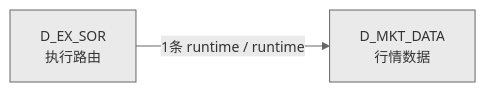
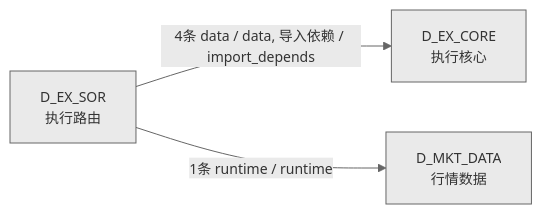
Before and after one commit to xuanFelixVan/ZephyrAlpha: the second of 2 diagrams in docs/02_enterprise_architecture/02_domain_architecture_docs/45_d_ex_sor.md, drawn with Mermaid. The commit also changed other lines of this file and 49 other files, not shown here.

````diff
--- a/docs/02_enterprise_architecture/02_domain_architecture_docs/45_d_ex_sor.md
+++ b/docs/02_enterprise_architecture/02_domain_architecture_docs/45_d_ex_sor.md
@@ -90,7 +90,9 @@
 ```mermaid
 %%{init: {'theme': 'base', 'themeVariables': {'primaryColor': '#eaeaea', 'primaryTextColor': '#333333', 'primaryBorderColor': '#666666', 'lineColor': '#666666', 'secondaryColor': '#eaeaea', 'tertiaryColor': '#eaeaea', 'fontSize': '14px'}}}%%
 graph LR
     D_EX_SOR["D_EX_SOR<br/>执行路由"]
+    D_EX_CORE["D_EX_CORE<br/>执行核心"]
     D_MKT_DATA["D_MKT_DATA<br/>行情数据"]
+    D_EX_SOR -->|4条 data / data, 导入依赖 / import_depends| D_EX_CORE
     D_EX_SOR -->|1条 runtime / runtime| D_MKT_DATA
 ```
````
